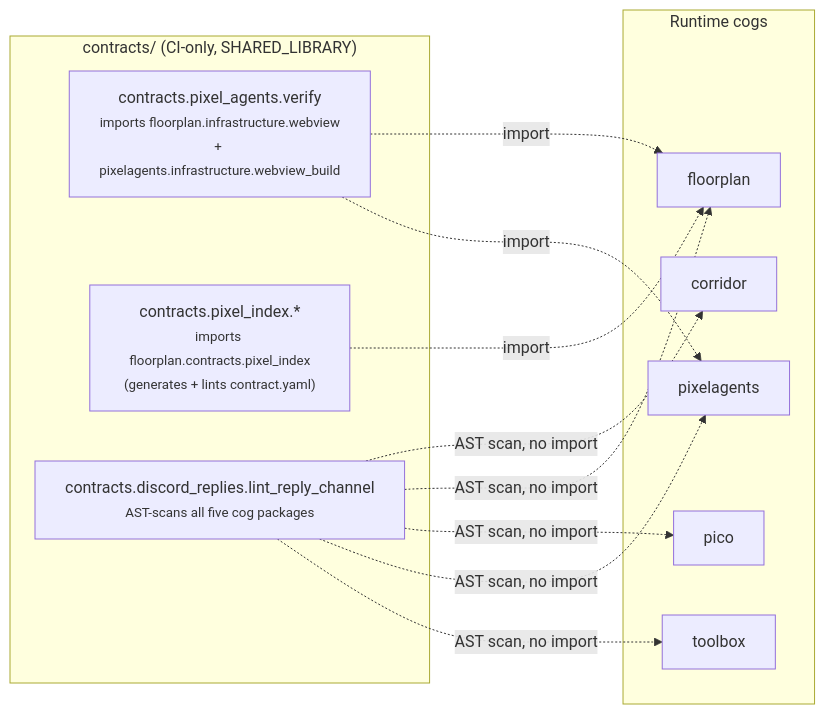
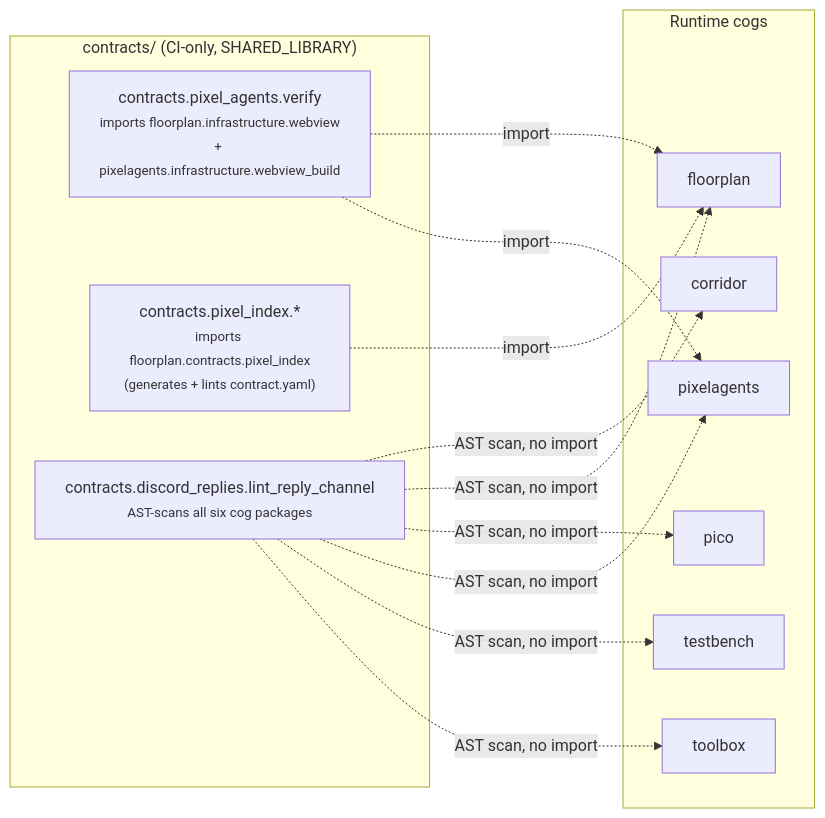
One commit to pixel-agents-hq/pixel-agents-cogs changed the seventh of 7 diagrams in docs/architecture.md. Above: the diagram before and after it, drawn with Mermaid. The commit also changed other lines of this file and 17 other files, not shown here.

````diff
--- a/docs/architecture.md
+++ b/docs/architecture.md
@@ -241,25 +274,27 @@
 ```mermaid
 flowchart LR
     subgraph runtime["Runtime cogs"]
         corridor2["corridor"]
         floorplan2["floorplan"]
         pico2["pico"]
         pixelagents2["pixelagents"]
+        testbench2["testbench"]
         toolbox2["toolbox"]
     end
 
     subgraph ci["contracts/ (CI-only, SHARED_LIBRARY)"]
         pa_verify["contracts.pixel_agents.verify<br/><small>imports floorplan.infrastructure.webview<br/>+ pixelagents.infrastructure.webview_build</small>"]
         idx_lint["contracts.pixel_index.*<br/><small>imports floorplan.contracts.pixel_index<br/>(generates + lints contract.yaml)</small>"]
-        reply_lint["contracts.discord_replies.lint_reply_channel<br/><small>AST-scans all five cog packages</small>"]
+        reply_lint["contracts.discord_replies.lint_reply_channel<br/><small>AST-scans all six cog packages</small>"]
     end
 
     pa_verify -.->|"import"| floorplan2
     pa_verify -.->|"import"| pixelagents2
     idx_lint -.->|"import"| floorplan2
     reply_lint -.->|"AST scan, no import"| corridor2
     reply_lint -.->|"AST scan, no import"| floorplan2
     reply_lint -.->|"AST scan, no import"| pico2
     reply_lint -.->|"AST scan, no import"| pixelagents2
+    reply_lint -.->|"AST scan, no import"| testbench2
     reply_lint -.->|"AST scan, no import"| toolbox2
 ```
````
